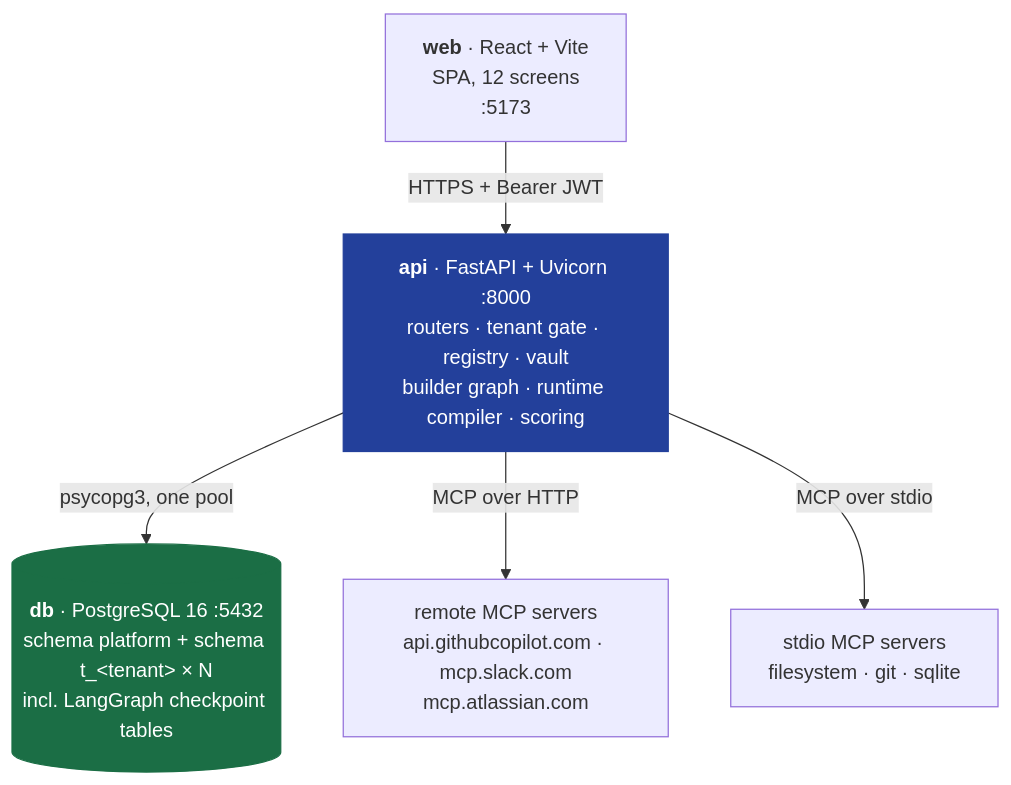
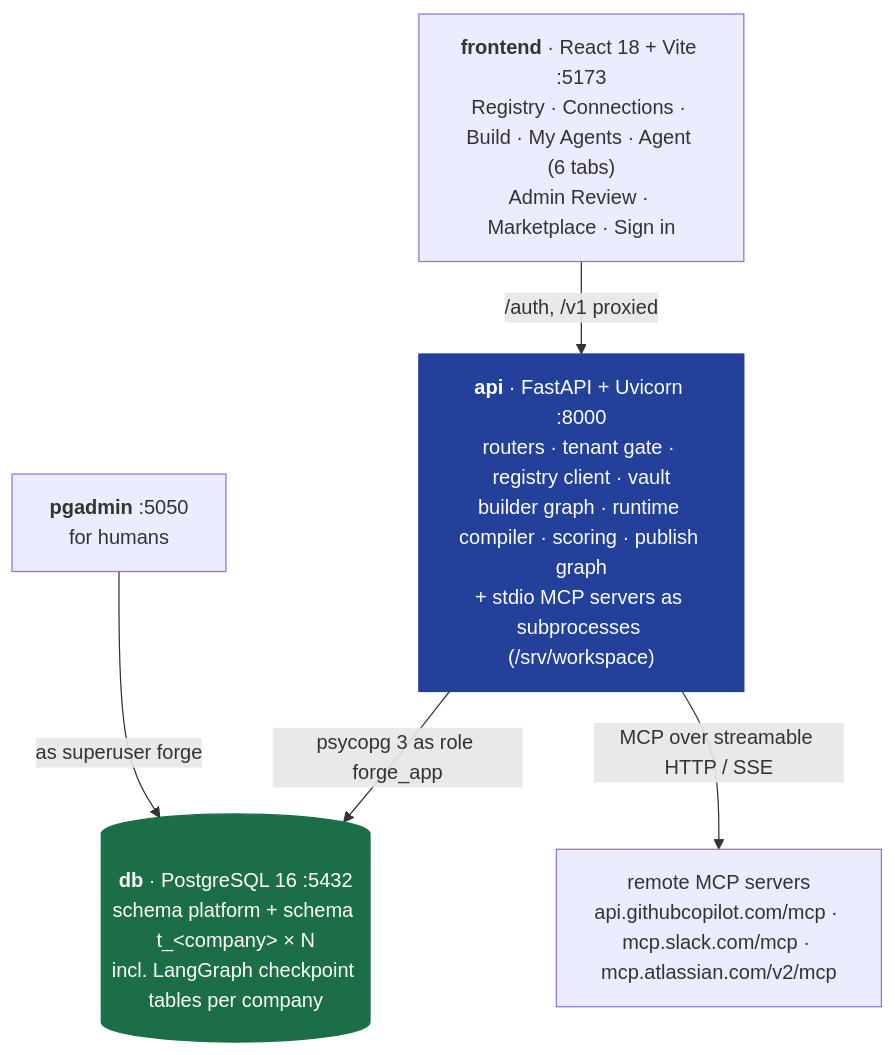
One commit to Shivanilarokar/AgentPlatformCapstone changed the second of 15 diagrams in docs/DESIGN.md. Above: the diagram before and after it, drawn with Mermaid. The commit also changed other lines of this file and 44 other files, not shown here.

Commit message:
Builder says what the registry lacks; company admin shares servers; readable *_by columns; sign-up create/join; docs and report as built

````diff
--- a/docs/DESIGN.md
+++ b/docs/DESIGN.md
@@ -53,19 +52,15 @@
 ```mermaid
 graph TB
-    SPA["<b>web</b> · React + Vite<br/>SPA, 12 screens<br/>:5173"]
+    SPA["<b>frontend</b> · React 18 + Vite :5173<br/>Registry · Connections · Build · My Agents · Agent (6 tabs)<br/>Admin Review · Marketplace · Sign in"]
+    API["<b>api</b> · FastAPI + Uvicorn :8000<br/>routers · tenant gate · registry client · vault<br/>builder graph · runtime compiler · scoring · publish graph<br/>+ stdio MCP servers as subprocesses (/srv/workspace)"]
+    DB[("<b>db</b> · PostgreSQL 16 :5432<br/>schema platform + schema t_&lt;company&gt; × N<br/>incl. LangGraph checkpoint tables per company")]
+    PGA["<b>pgadmin</b> :5050<br/>for humans"]
+    REMOTE["remote MCP servers<br/>api.githubcopilot.com/mcp · mcp.slack.com/mcp · mcp.atlassian.com/v2/mcp"]
 
-    API["<b>api</b> · FastAPI + Uvicorn :8000<br/>routers · tenant gate · registry · vault<br/>builder graph · runtime compiler · scoring"]
-
-    DB[("<b>db</b> · PostgreSQL 16 :5432<br/>schema platform + schema t_&lt;tenant&gt; × N<br/>incl. LangGraph checkpoint tables")]
-
-    REMOTE["remote MCP servers<br/>api.githubcopilot.com · mcp.slack.com<br/>mcp.atlassian.com"]
-    STDIO["stdio MCP servers<br/>filesystem · git · sqlite"]
-
-    SPA -->|"HTTPS + Bearer JWT"| API
-    API -->|"psycopg3, one pool"| DB
-    API -->|"MCP over HTTP"| REMOTE
-    API -->|"MCP over stdio"| STDIO
-
+    SPA -->|"/auth, /v1 proxied"| API
+    API -->|"psycopg 3 as role forge_app"| DB
+    PGA -->|"as superuser forge"| DB
+    API -->|"MCP over streamable HTTP / SSE"| REMOTE
     style API fill:#23409B,color:#fff,stroke:#23409B
     style DB fill:#1B6E45,color:#fff,stroke:#1B6E45
 ```
````
